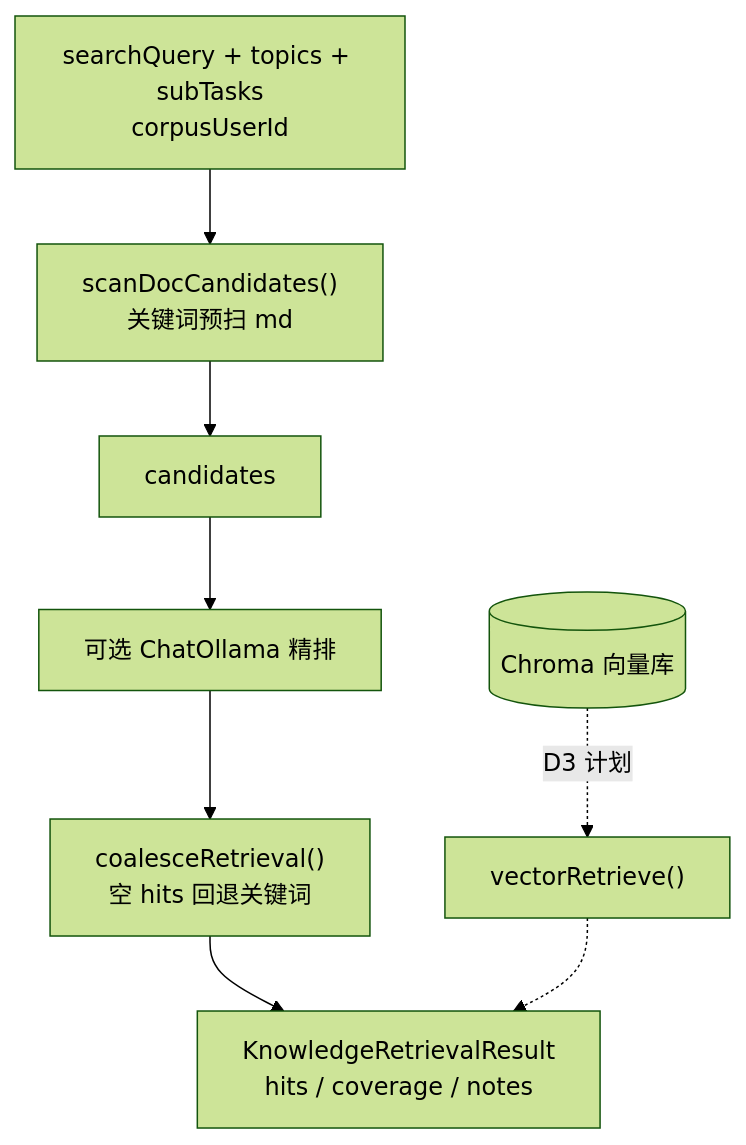
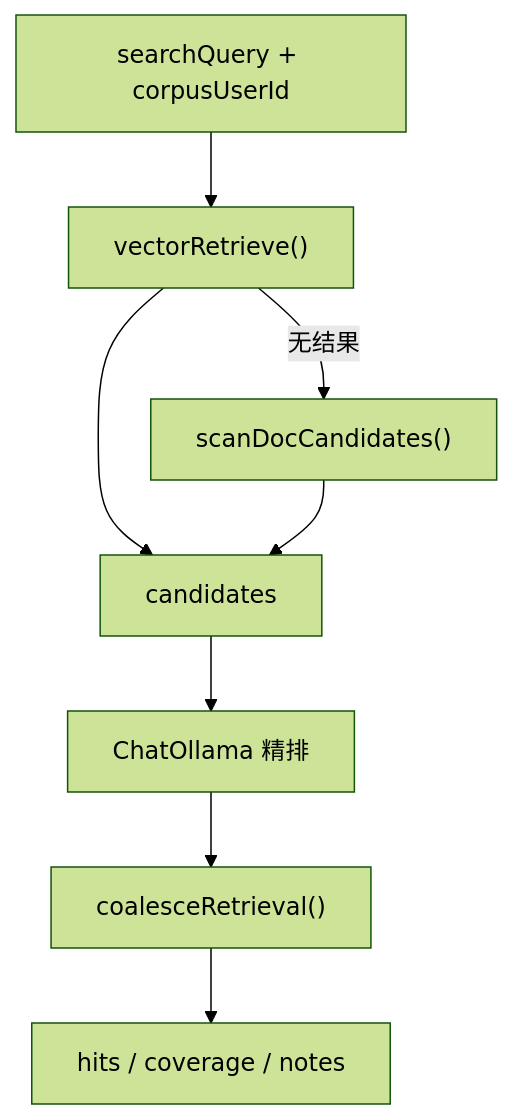
The fifth of 7 diagrams in docs/02-agent-flows.md (panzhanfei/fambrain-agents), drawn with Mermaid (forest theme) before and after one commit. The commit also changed other lines of this file and 18 other files, not shown here.

````diff
--- a/docs/02-agent-flows.md
+++ b/docs/02-agent-flows.md
@@ -132,10 +140,10 @@
 ```mermaid
 flowchart TD
-  IN["searchQuery + topics + subTasks<br/>corpusUserId"] --> SCAN["scanDocCandidates()<br/>关键词预扫 md"]
-  SCAN --> CAND[candidates]
-  CAND --> LLM["可选 ChatOllama 精排"]
-  LLM --> COAL["coalesceRetrieval()<br/>空 hits 回退关键词"]
-  COAL --> OUT["KnowledgeRetrievalResult<br/>hits / coverage / notes"]
-  CHROMA[("Chroma 向量库")] -.->|D3 计划| VEC["vectorRetrieve()"]
-  VEC -.-> OUT
+  IN["searchQuery + corpusUserId"] --> VEC["vectorRetrieve()"]
+  VEC -->|无结果| SCAN["scanDocCandidates()"]
+  VEC --> CAND[candidates]
+  SCAN --> CAND
+  CAND --> LLM["ChatOllama 精排"]
+  LLM --> COAL["coalesceRetrieval()"]
+  COAL --> OUT["hits / coverage / notes"]
 ```
````
